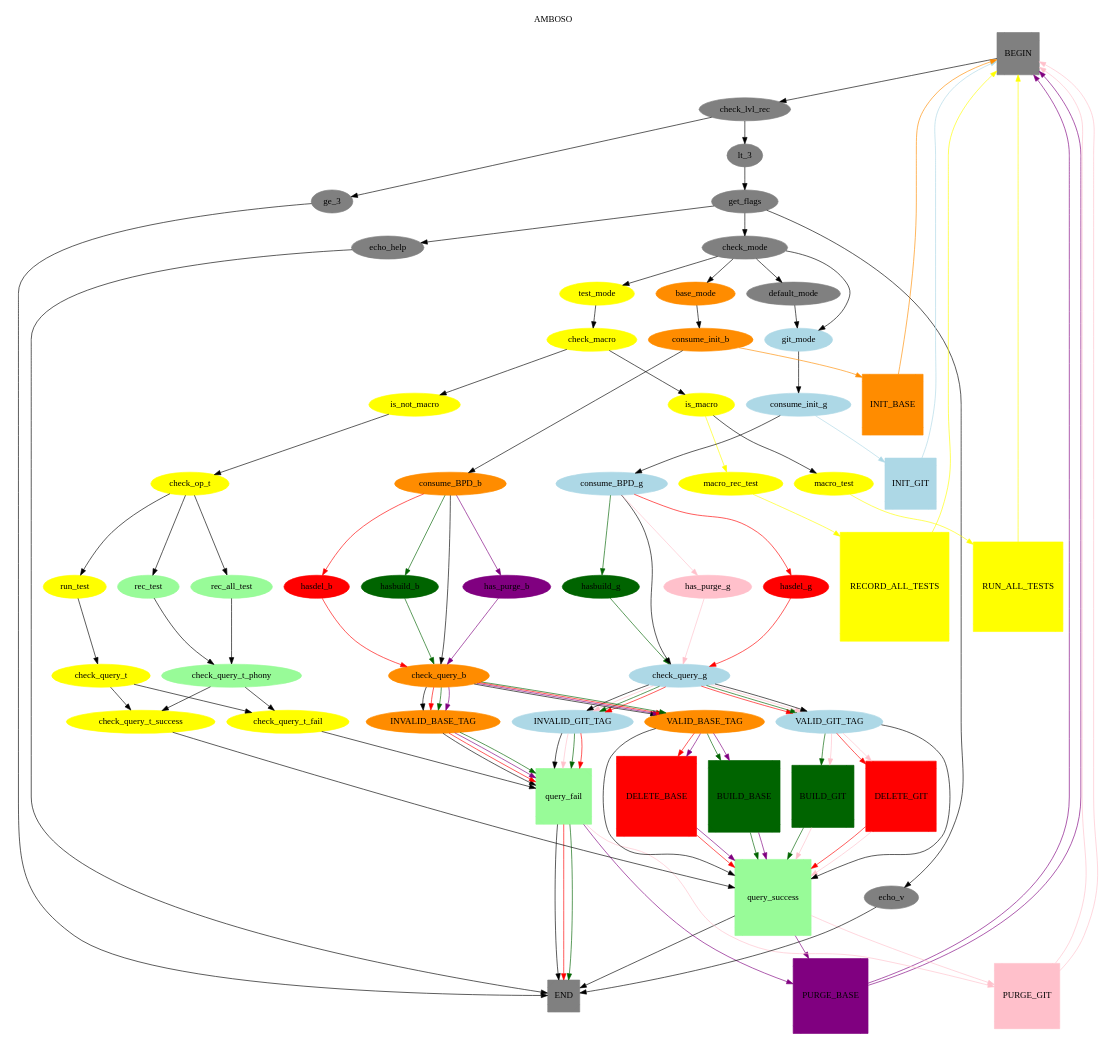
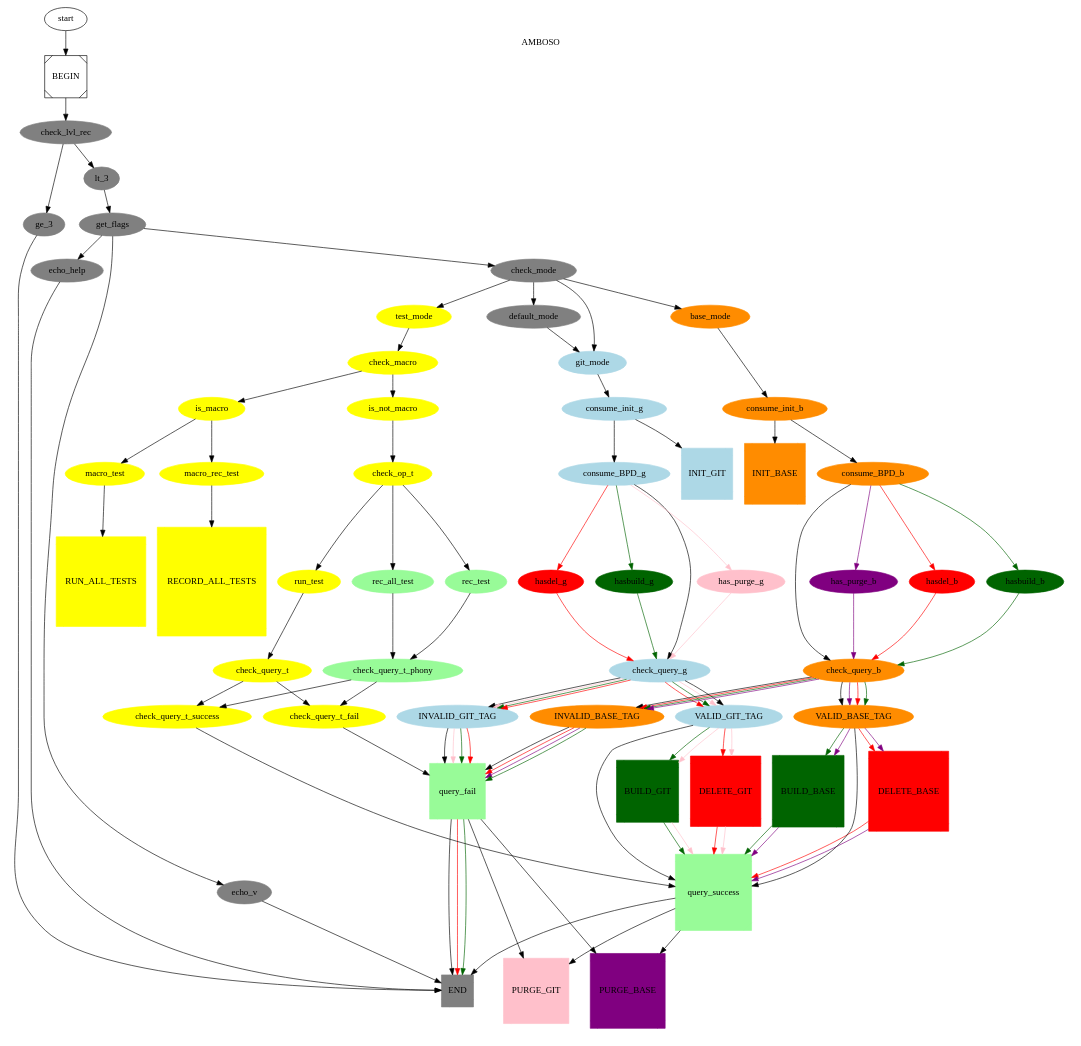
The diagram in amboso.dot (jgabaut/amboso), drawn with Graphviz before and after one commit. The commit also changed 1 other file, not shown here.

```diff
--- a/amboso.dot
+++ b/amboso.dot
@@ -1,138 +1,140 @@
-//Last edit: 08/05/23
 
-digraph G {
+
+digraph amboso {
+
+    start -> BEGIN
 
   subgraph cluster_0 {
     style=filled;
     color=white;
     node [style=filled,color=grey];
     BEGIN [shape=Msquare];
     END [shape=Msquare]
     PURGE_BASE [shape=Msquare,color=purple]
     PURGE_GIT [shape=Msquare,color=pink]
     query_success [shape=Msquare,color=palegreen]
     query_fail [shape=Msquare,color=palegreen]
     BEGIN -> check_lvl_rec;
     check_lvl_rec -> lt_3;
     check_lvl_rec -> ge_3;
     ge_3 -> END
     lt_3 -> get_flags;
     get_flags -> echo_v -> END
     get_flags -> check_mode
     check_mode -> default_mode
     get_flags -> echo_help -> END
 
     node [style=filled, color=yellow];
     test_mode -> check_macro;
     check_macro -> is_not_macro;
     RECORD_ALL_TESTS [shape=Msquare]
     RUN_ALL_TESTS [shape=Msquare]
 
     check_macro -> is_macro;
     is_macro -> macro_test;
-    macro_test -> RUN_ALL_TESTS -> BEGIN [color=yellow];
+    macro_test -> RUN_ALL_TESTS //-> BEGIN [color=yellow];
     is_not_macro -> check_op_t;
     check_op_t -> run_test -> check_query_t;
     check_op_t -> rec_test -> check_query_t_phony;
     check_query_t_phony -> check_query_t_success;
     check_query_t_phony -> check_query_t_fail;
     check_query_t -> check_query_t_success;
     check_query_t -> check_query_t_fail;
     check_op_t -> rec_all_test -> check_query_t_phony;
-    is_macro -> macro_rec_test -> RECORD_ALL_TESTS -> BEGIN [color=yellow];
+    is_macro -> macro_rec_test -> RECORD_ALL_TESTS //-> BEGIN [color=yellow];
     rec_all_test [color=palegreen];
     rec_test [color=palegreen];
     check_query_t_phony [color=palegreen];
 
     node [style=filled,color=lightblue];
     hasdel_g [color=red]
     hasbuild_g [color=darkgreen]
     BUILD_GIT [shape=Msquare,color=darkgreen]
     DELETE_GIT [shape=Msquare,color=red]
     git_mode -> consume_init_g;
     consume_init_g -> consume_BPD_g;
-    consume_init_g -> INIT_GIT -> BEGIN [color=lightblue];
+    consume_init_g -> INIT_GIT// -> BEGIN [color=lightblue];
     consume_BPD_g -> hasbuild_g -> check_query_g [color=darkgreen];
     consume_BPD_g -> hasdel_g -> check_query_g [color=red]
     consume_BPD_g -> check_query_g
     check_query_g -> VALID_GIT_TAG [color=red]
     check_query_g -> VALID_GIT_TAG [color=darkgreen];
     check_query_g -> VALID_GIT_TAG [color=pink];
     check_query_g -> VALID_GIT_TAG;
     VALID_GIT_TAG -> BUILD_GIT [color=darkgreen]
     VALID_GIT_TAG -> BUILD_GIT [color=pink]
     VALID_GIT_TAG -> DELETE_GIT [color=red];
     VALID_GIT_TAG -> DELETE_GIT [color=pink];
     check_query_g -> INVALID_GIT_TAG;
     check_query_g -> INVALID_GIT_TAG [color=pink];
     check_query_g -> INVALID_GIT_TAG [color=darkgreen];
     check_query_g -> INVALID_GIT_TAG [color=red];
     consume_BPD_g -> has_purge_g -> check_query_g [color=pink];
     has_purge_g [color=pink]
     INIT_GIT [shape=Msquare,color=lightblue]
 
 
     node [style=filled,color=darkorange];
     hasdel_b [color=red]
     hasbuild_b [color=darkgreen]
     //BUILD_BASE [shape=Mdiamond]
     DELETE_BASE [shape=Msquare,color=red]
     base_mode -> consume_init_b;
     consume_init_b -> consume_BPD_b;
-    consume_init_b -> INIT_BASE -> BEGIN [color=darkorange];
+    consume_init_b -> INIT_BASE //-> BEGIN [color=darkorange];
     consume_BPD_b -> hasbuild_b [color=darkgreen];
     consume_BPD_b -> hasdel_b [color=red];
     consume_BPD_b -> check_query_b;
     hasbuild_b -> check_query_b [color=darkgreen];
     hasdel_b -> check_query_b [color=red];
     check_query_b -> VALID_BASE_TAG;
     check_query_b -> VALID_BASE_TAG [color=purple];
     check_query_b -> VALID_BASE_TAG [color=red];
     check_query_b -> VALID_BASE_TAG [color=darkgreen];
     VALID_BASE_TAG -> BUILD_BASE [color=darkgreen]
     VALID_BASE_TAG -> BUILD_BASE [color=purple]
     VALID_BASE_TAG -> DELETE_BASE [color=red];
     VALID_BASE_TAG -> DELETE_BASE [color=purple];
     check_query_b -> INVALID_BASE_TAG;
     check_query_b -> INVALID_BASE_TAG [color=red];
     check_query_b -> INVALID_BASE_TAG [color=darkgreen];
     check_query_b -> INVALID_BASE_TAG [color=purple];
     consume_BPD_b -> has_purge_b -> check_query_b [color=purple];
     has_purge_b [color=purple];
     INIT_BASE [shape=Msquare,color=darkorange]
     BUILD_BASE [shape=Msquare,color=darkgreen]
     label = "AMBOSO";
   }
   check_mode -> test_mode;
   check_mode -> git_mode;
   check_mode -> base_mode;
   default_mode -> git_mode;
   check_query_t_success -> query_success;
   VALID_GIT_TAG -> query_success;
   VALID_BASE_TAG -> query_success;
   BUILD_BASE -> query_success [color=darkgreen];
   BUILD_BASE -> query_success [color=purple];
   DELETE_BASE -> query_success [color=red];
   DELETE_BASE -> query_success [color=purple];
   BUILD_GIT -> query_success [color=darkgreen];
   BUILD_GIT -> query_success [color=pink];
   DELETE_GIT -> query_success [color=red];
   DELETE_GIT -> query_success [color=pink];
   check_query_t_fail -> query_fail;
   INVALID_BASE_TAG -> query_fail;
   INVALID_BASE_TAG -> query_fail [color=red];
   INVALID_BASE_TAG -> query_fail [color=purple];
   INVALID_BASE_TAG -> query_fail [color=darkgreen];
   INVALID_GIT_TAG -> query_fail;
   INVALID_GIT_TAG -> query_fail [color=pink];
   INVALID_GIT_TAG -> query_fail [color=darkgreen];
   INVALID_GIT_TAG -> query_fail [color=red];
   query_success -> END;
-  query_success -> PURGE_BASE -> BEGIN [color=purple];
-  query_success -> PURGE_GIT -> BEGIN [color=pink];
-  query_fail -> PURGE_BASE -> BEGIN [color=purple];
-  query_fail -> PURGE_GIT -> BEGIN [color=pink];
+  query_success -> PURGE_BASE// -> BEGIN [color=purple];
+  query_success -> PURGE_GIT// -> BEGIN [color=pink];
+  query_fail -> PURGE_BASE //-> BEGIN [color=purple];
+  query_fail -> PURGE_GIT //-> BEGIN [color=pink];
   query_fail -> END;
   query_fail -> END [color=red];
   query_fail -> END [color=darkgreen];
 }
```
